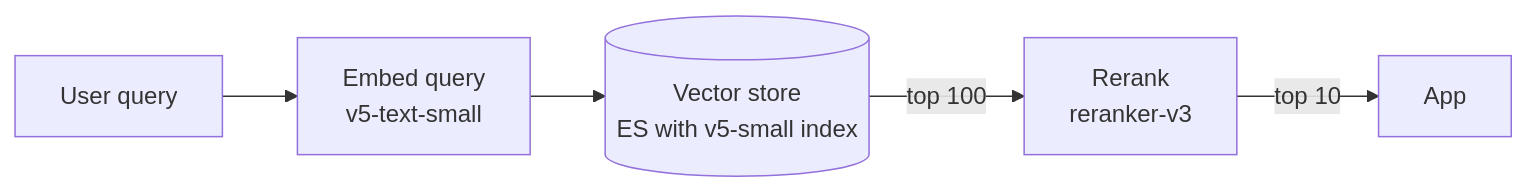
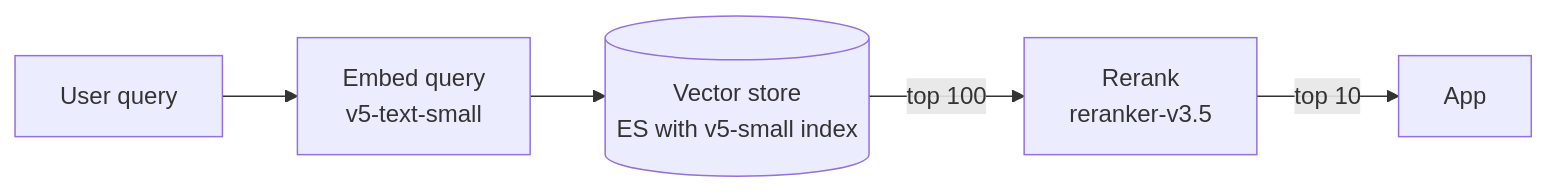
Before and after one commit to ash9146/jina-on-prem: the second of 2 diagrams in docs/Picking-A-Model.md, drawn with Mermaid. The commit also changed other lines of this file and 20 other files, not shown here.

````diff
--- a/docs/Picking-A-Model.md
+++ b/docs/Picking-A-Model.md
@@ -61,10 +64,10 @@
 ```mermaid
 flowchart LR
     Q[User query] --> EMB[Embed query
 v5-text-small]
     EMB --> VS[(Vector store
 ES with v5-small index)]
     VS -->|top 100| RR[Rerank
-reranker-v3]
+reranker-v3.5]
     RR -->|top 10| APP[App]
 ```
````
